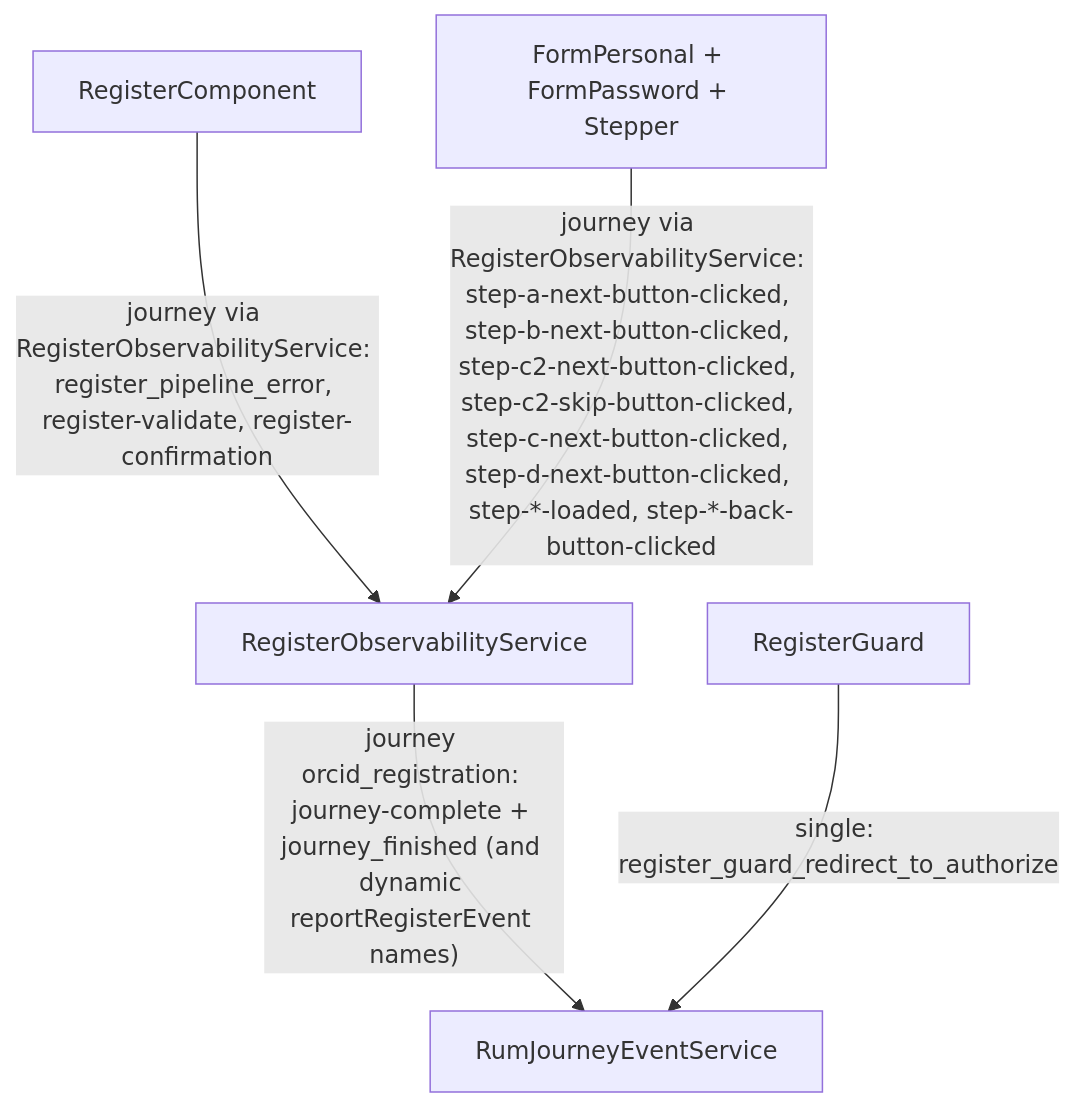
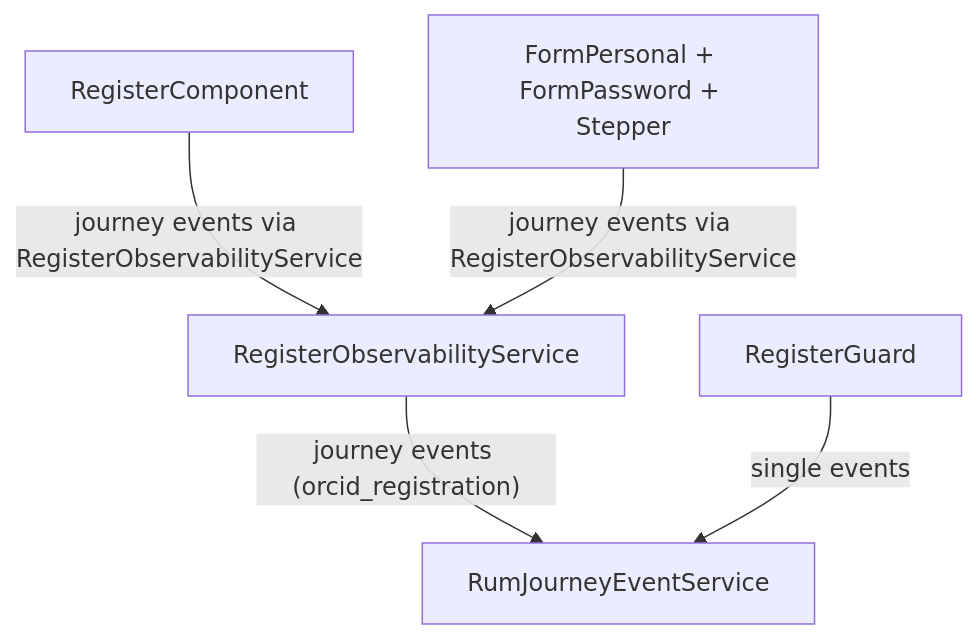
One commit to ORCID/orcid-angular changed the diagram in src/app/rum/registration-observability.md. Above: the diagram before and after it, drawn with Mermaid. The commit also changed 7 other files, not shown here.

````diff
--- a/src/app/rum/registration-observability.md
+++ b/src/app/rum/registration-observability.md
@@ -32,7 +32,7 @@
 ```mermaid
 flowchart TD
-  RegisterComponent["RegisterComponent"] -->|"journey via RegisterObservabilityService: register_pipeline_error, register-validate, register-confirmation"| RegisterObs["RegisterObservabilityService"]
-  FormComponents["FormPersonal + FormPassword + Stepper"] -->|"journey via RegisterObservabilityService: step-a-next-button-clicked, step-b-next-button-clicked, step-c2-next-button-clicked, step-c2-skip-button-clicked, step-c-next-button-clicked, step-d-next-button-clicked, step-*-loaded, step-*-back-button-clicked"| RegisterObs
-  RegisterObs -->|"journey orcid_registration: journey-complete + journey_finished (and dynamic reportRegisterEvent names)"| RumService["RumJourneyEventService"]
-  RegisterGuard["RegisterGuard"] -->|"single: register_guard_redirect_to_authorize"| RumService
+  RegisterComponent["RegisterComponent"] -->|"journey events via RegisterObservabilityService"| RegisterObs["RegisterObservabilityService"]
+  FormComponents["FormPersonal + FormPassword + Stepper"] -->|"journey events via RegisterObservabilityService"| RegisterObs
+  RegisterObs -->|"journey events (orcid_registration)"| RumService["RumJourneyEventService"]
+  RegisterGuard["RegisterGuard"] -->|"single events"| RumService
 ```
````
